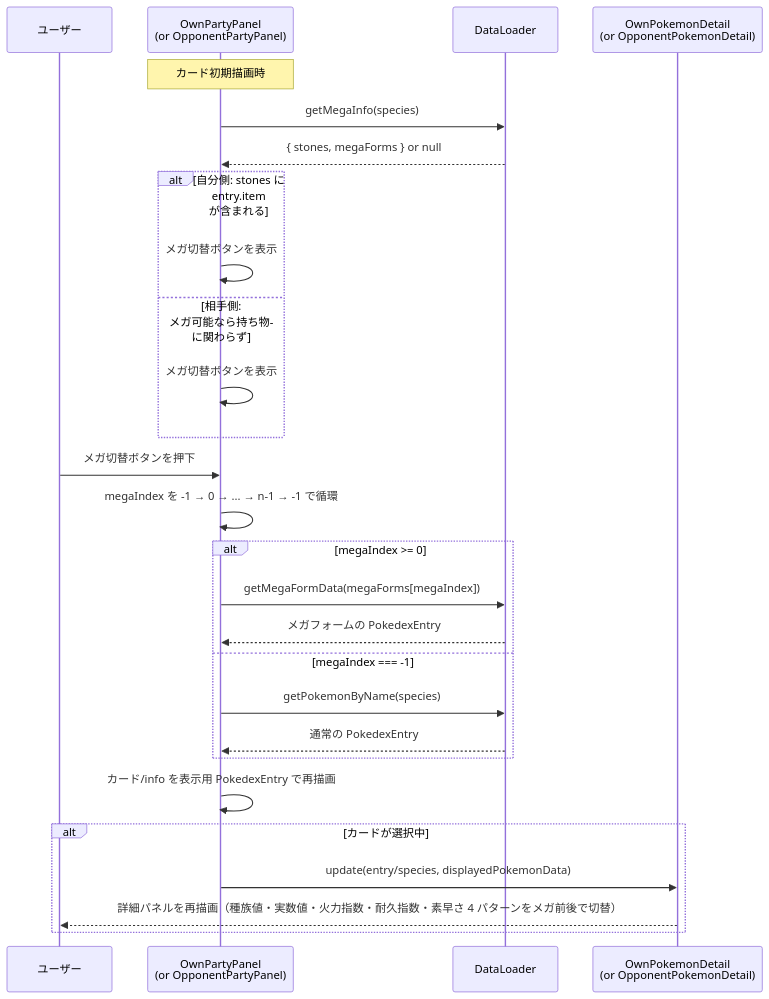
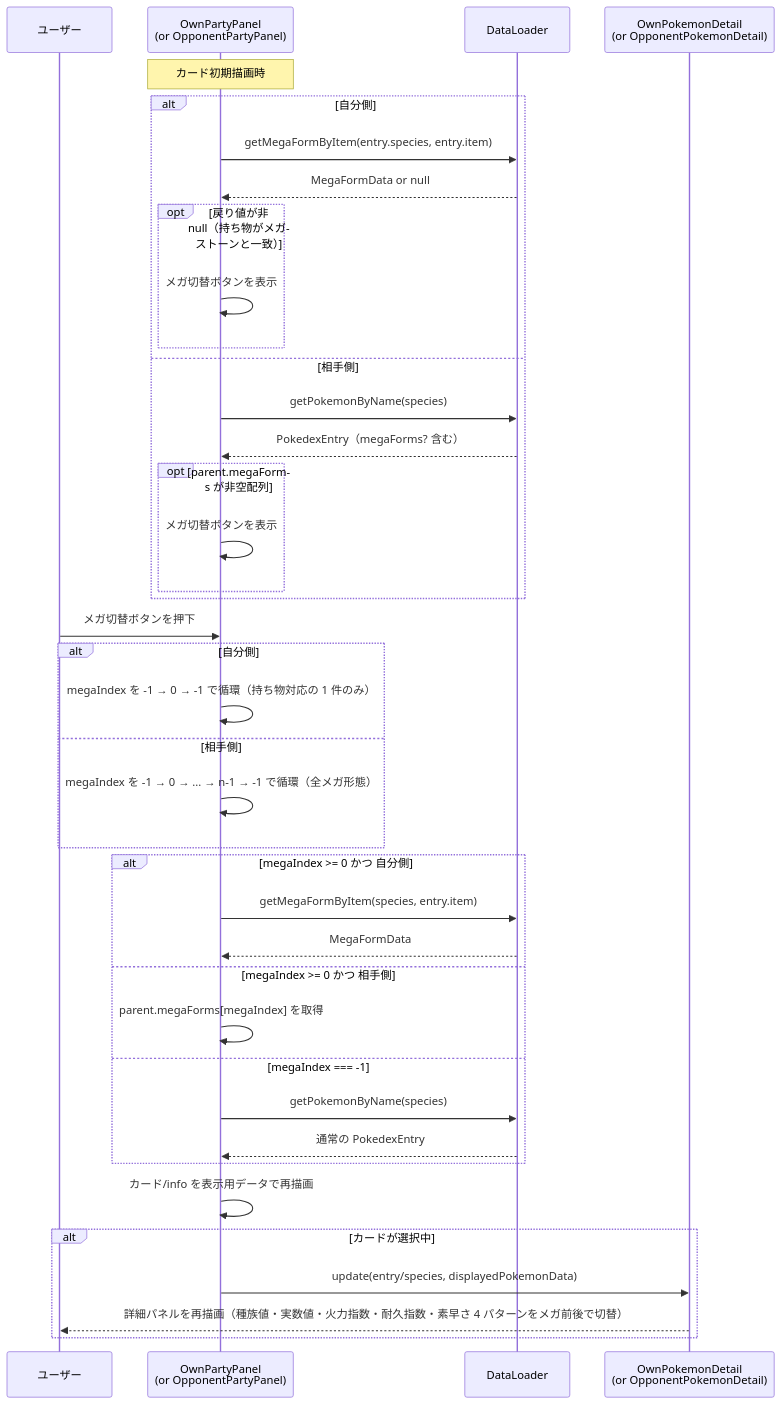
One commit to 7mgxk5856x-alt/pokelens changed the fourth of 5 diagrams in docs/functional-design.md. Above: the diagram before and after it, drawn with Mermaid. The commit also changed other lines of this file and 3 other files, not shown here.

````diff
--- a/docs/functional-design.md
+++ b/docs/functional-design.md
@@ -1185,32 +1187,44 @@
 ```mermaid
 sequenceDiagram
     participant User as ユーザー
     participant PP as OwnPartyPanel<br/>(or OpponentPartyPanel)
     participant DL as DataLoader
     participant OD as OwnPokemonDetail<br/>(or OpponentPokemonDetail)
 
     Note over PP: カード初期描画時
-    PP->>DL: getMegaInfo(species)
-    DL-->>PP: { stones, megaForms } or null
-    alt 自分側: stones に entry.item が含まれる
-        PP->>PP: メガ切替ボタンを表示
-    else 相手側: メガ可能なら持ち物に関わらず
-        PP->>PP: メガ切替ボタンを表示
+    alt 自分側
+        PP->>DL: getMegaFormByItem(entry.species, entry.item)
+        DL-->>PP: MegaFormData or null
+        opt 戻り値が非 null（持ち物がメガストーンと一致）
+            PP->>PP: メガ切替ボタンを表示
+        end
+    else 相手側
+        PP->>DL: getPokemonByName(species)
+        DL-->>PP: PokedexEntry（megaForms? 含む）
+        opt parent.megaForms が非空配列
+            PP->>PP: メガ切替ボタンを表示
+        end
     end
 
     User->>PP: メガ切替ボタンを押下
-    PP->>PP: megaIndex を -1 → 0 → ... → n-1 → -1 で循環
-    alt megaIndex >= 0
-        PP->>DL: getMegaFormData(megaForms[megaIndex])
-        DL-->>PP: メガフォームの PokedexEntry
+    alt 自分側
+        PP->>PP: megaIndex を -1 → 0 → -1 で循環（持ち物対応の 1 件のみ）
+    else 相手側
+        PP->>PP: megaIndex を -1 → 0 → ... → n-1 → -1 で循環（全メガ形態）
+    end
+    alt megaIndex >= 0 かつ 自分側
+        PP->>DL: getMegaFormByItem(species, entry.item)
+        DL-->>PP: MegaFormData
+    else megaIndex >= 0 かつ 相手側
+        PP->>PP: parent.megaForms[megaIndex] を取得
     else megaIndex === -1
         PP->>DL: getPokemonByName(species)
         DL-->>PP: 通常の PokedexEntry
     end
-    PP->>PP: カード/info を表示用 PokedexEntry で再描画
+    PP->>PP: カード/info を表示用データで再描画
 
     alt カードが選択中
         PP->>OD: update(entry/species, displayedPokemonData)
         OD-->>User: 詳細パネルを再描画（種族値・実数値・火力指数・耐久指数・素早さ 4 パターンをメガ前後で切替）
     end
 ```
````
